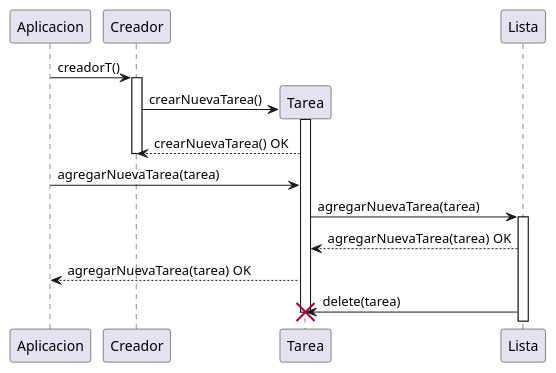
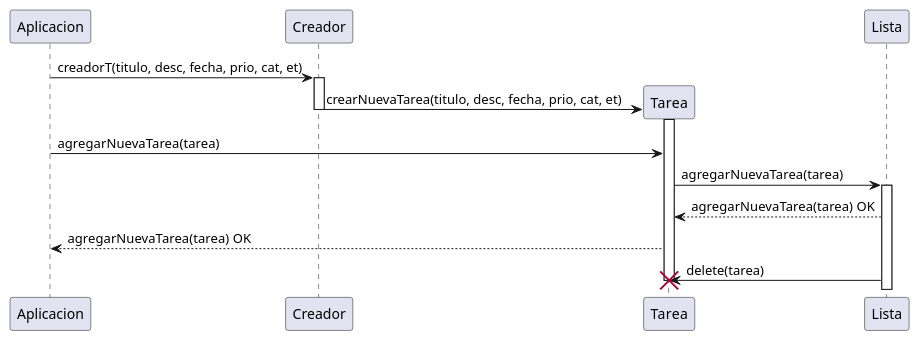
Before and after one commit to LucasFrey-tech/TODO-LIST: the diagram in Diagram/diagramaSecuencia.puml, drawn with PlantUML.

```diff
--- a/Diagram/diagramaSecuencia.puml
+++ b/Diagram/diagramaSecuencia.puml
@@ -1,35 +1,46 @@
 @startuml Diagrama Secuencia
 
- Aplicacion -> Creador: creadorT()
+/' Opción 1: '/
+
+Aplicacion -> Creador: creadorT(titulo, desc, fecha, prio, cat, et)
 activate Creador
 
 create Tarea
- Creador -> Tarea: crearNuevaTarea()
-activate Tarea
+Creador -> Tarea: crearNuevaTarea(titulo, desc, fecha, prio, cat, et)
 
- Creador <-- Tarea: crearNuevaTarea() OK
 deactivate Creador
 
+activate Tarea
+Aplicacion -> Tarea: agregarNuevaTarea(tarea)
+Tarea -> Lista: agregarNuevaTarea(tarea)
+activate Lista
+Tarea <-- Lista: agregarNuevaTarea(tarea) OK
+Aplicacion <-- Tarea: agregarNuevaTarea(tarea) OK
 
-
- Aplicacion -> Tarea: agregarNuevaTarea(tarea)
- Tarea -> Lista: agregarNuevaTarea(tarea)
-activate Lista
- Tarea <-- Lista: agregarNuevaTarea(tarea) OK
- Aplicacion <-- Tarea: agregarNuevaTarea(tarea) OK
-
- Lista -> Tarea: delete(tarea)
-
-
+Lista -> Tarea: delete(tarea)
 destroy Tarea
 
 
+/' Opción 2: 
 
+Aplicacion -> Creador: creadorT()
+activate Creador
 
+create Tarea
+Creador -> Tarea: crearNuevaTarea()
+deactivate Creador
 
+Aplicacion -> Lista: agregarNuevaTarea(tarea)
+activate Tarea
 
+activate Lista
 
+Lista -> Tarea: delete(tarea)
 
+deactivate Lista
+destroy Tarea
+
+'/
 
 
 @enduml
```
